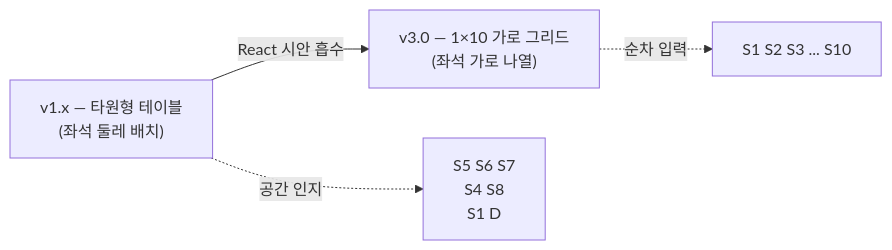
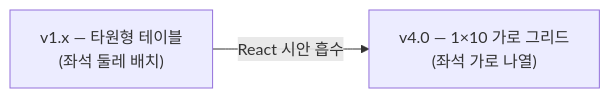
One commit to garimto81/ebs_github changed the first of 8 diagrams in docs/1. Product/Command_Center_PRD.md. Above: the diagram before and after it, drawn with Mermaid. The commit also changed other lines of this file, not shown here.

````diff
--- a/docs/1. Product/Command_Center_PRD.md
+++ b/docs/1. Product/Command_Center_PRD.md
@@ -99,6 +96,4 @@
 ```mermaid
 flowchart LR
-    A["v1.x — 타원형 테이블<br/>(좌석 둘레 배치)"] -->|"React 시안 흡수"| B["v3.0 — 1×10 가로 그리드<br/>(좌석 가로 나열)"]
-    A -.공간 인지.-> A1["S5 S6 S7<br/>S4    S8<br/>S1   D"]
-    B -.순차 입력.-> B1["S1 S2 S3 ... S10"]
+    A["v1.x — 타원형 테이블<br/>(좌석 둘레 배치)"] -->|"React 시안 흡수"| B["v4.0 — 1×10 가로 그리드<br/>(좌석 가로 나열)"]
 ```
````
